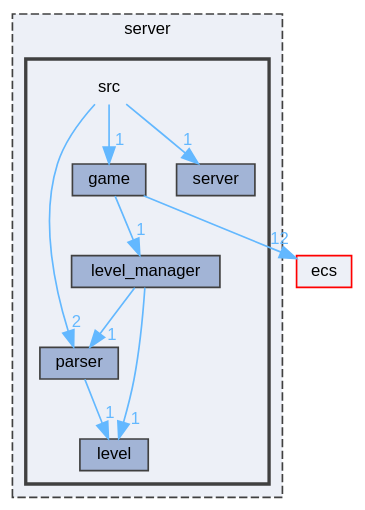
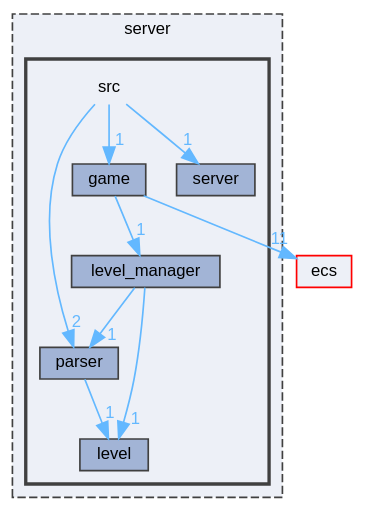
The diagram in dir_a063914ab482288b7b0e1b2fca86158c_dep.dot (Houpsi/R-Type), drawn with Graphviz before and after one commit. The commit also changed 283 other files, not shown here.

```diff
--- a/dir_a063914ab482288b7b0e1b2fca86158c_dep.dot
+++ b/dir_a063914ab482288b7b0e1b2fca86158c_dep.dot
@@ -1,29 +1,29 @@
 digraph "server/src"
 {
  // LATEX_PDF_SIZE
   bgcolor="transparent";
   edge [fontname=Helvetica,fontsize=10,labelfontname=Helvetica,labelfontsize=10];
   node [fontname=Helvetica,fontsize=10,shape=box,height=0.2,width=0.4];
   compound=true
   subgraph clusterdir_41e1742e44e2de38b3bc91f993fed282 {
     graph [ bgcolor="#edf0f7", pencolor="grey25", label="server", fontname=Helvetica,fontsize=10 style="filled,dashed", URL="dir_41e1742e44e2de38b3bc91f993fed282.html",tooltip=""]
   subgraph clusterdir_a063914ab482288b7b0e1b2fca86158c {
     graph [ bgcolor="#edf0f7", pencolor="grey25", label="", fontname=Helvetica,fontsize=10 style="filled,bold", URL="dir_a063914ab482288b7b0e1b2fca86158c.html",tooltip=""]
     dir_a063914ab482288b7b0e1b2fca86158c [shape=plaintext, label="src"];
   dir_e6b7ec297778ed9f03d97c98d106236d [label="game", fillcolor="#a2b4d6", color="grey25", style="filled", URL="dir_e6b7ec297778ed9f03d97c98d106236d.html",tooltip=""];
   dir_bb42df2f0e903765673454be575ec619 [label="level", fillcolor="#a2b4d6", color="grey25", style="filled", URL="dir_bb42df2f0e903765673454be575ec619.html",tooltip=""];
   dir_1a61ab1baf9342b4b0090bc39c8718b8 [label="level_manager", fillcolor="#a2b4d6", color="grey25", style="filled", URL="dir_1a61ab1baf9342b4b0090bc39c8718b8.html",tooltip=""];
   dir_0d2bd8aef9a1d5e03f22ed5477f85ed5 [label="parser", fillcolor="#a2b4d6", color="grey25", style="filled", URL="dir_0d2bd8aef9a1d5e03f22ed5477f85ed5.html",tooltip=""];
   dir_79d66a5bc5e2c314a2c5007d4cb52c17 [label="server", fillcolor="#a2b4d6", color="grey25", style="filled", URL="dir_79d66a5bc5e2c314a2c5007d4cb52c17.html",tooltip=""];
   }
   }
   dir_eafb92770fbc727220bdaa0b1292f771 [label="ecs", fillcolor="#edf0f7", color="red", style="filled", URL="dir_eafb92770fbc727220bdaa0b1292f771.html",tooltip=""];
   dir_a063914ab482288b7b0e1b2fca86158c->dir_0d2bd8aef9a1d5e03f22ed5477f85ed5 [headlabel="2", labeldistance=1.5 headhref="dir_000009_000005.html" href="dir_000009_000005.html" color="steelblue1" fontcolor="steelblue1"];
   dir_a063914ab482288b7b0e1b2fca86158c->dir_79d66a5bc5e2c314a2c5007d4cb52c17 [headlabel="1", labeldistance=1.5 headhref="dir_000009_000007.html" href="dir_000009_000007.html" color="steelblue1" fontcolor="steelblue1"];
   dir_a063914ab482288b7b0e1b2fca86158c->dir_e6b7ec297778ed9f03d97c98d106236d [headlabel="1", labeldistance=1.5 headhref="dir_000009_000002.html" href="dir_000009_000002.html" color="steelblue1" fontcolor="steelblue1"];
   dir_e6b7ec297778ed9f03d97c98d106236d->dir_1a61ab1baf9342b4b0090bc39c8718b8 [headlabel="1", labeldistance=1.5 headhref="dir_000002_000004.html" href="dir_000002_000004.html" color="steelblue1" fontcolor="steelblue1"];
-  dir_e6b7ec297778ed9f03d97c98d106236d->dir_eafb92770fbc727220bdaa0b1292f771 [headlabel="12", labeldistance=1.5 headhref="dir_000002_000001.html" href="dir_000002_000001.html" color="steelblue1" fontcolor="steelblue1"];
+  dir_e6b7ec297778ed9f03d97c98d106236d->dir_eafb92770fbc727220bdaa0b1292f771 [headlabel="11", labeldistance=1.5 headhref="dir_000002_000001.html" href="dir_000002_000001.html" color="steelblue1" fontcolor="steelblue1"];
   dir_1a61ab1baf9342b4b0090bc39c8718b8->dir_0d2bd8aef9a1d5e03f22ed5477f85ed5 [headlabel="1", labeldistance=1.5 headhref="dir_000004_000005.html" href="dir_000004_000005.html" color="steelblue1" fontcolor="steelblue1"];
   dir_1a61ab1baf9342b4b0090bc39c8718b8->dir_bb42df2f0e903765673454be575ec619 [headlabel="1", labeldistance=1.5 headhref="dir_000004_000003.html" href="dir_000004_000003.html" color="steelblue1" fontcolor="steelblue1"];
   dir_0d2bd8aef9a1d5e03f22ed5477f85ed5->dir_bb42df2f0e903765673454be575ec619 [headlabel="1", labeldistance=1.5 headhref="dir_000005_000003.html" href="dir_000005_000003.html" color="steelblue1" fontcolor="steelblue1"];
 }
```
